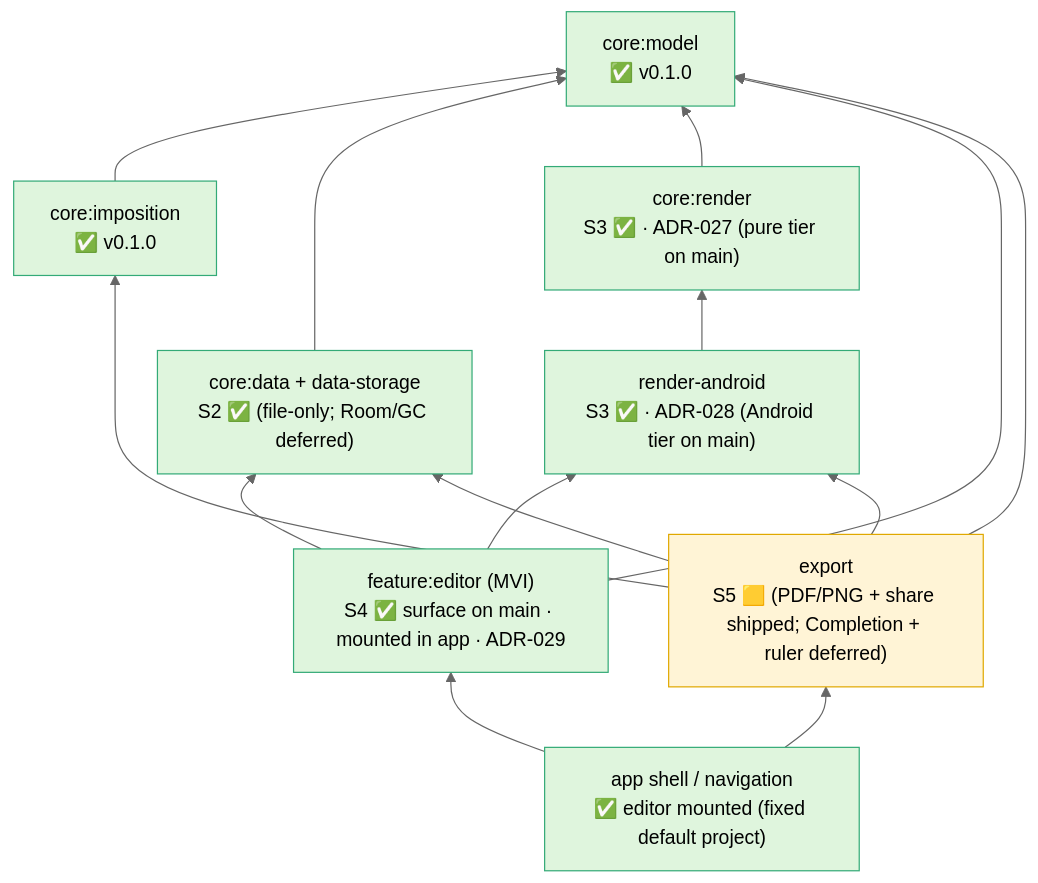
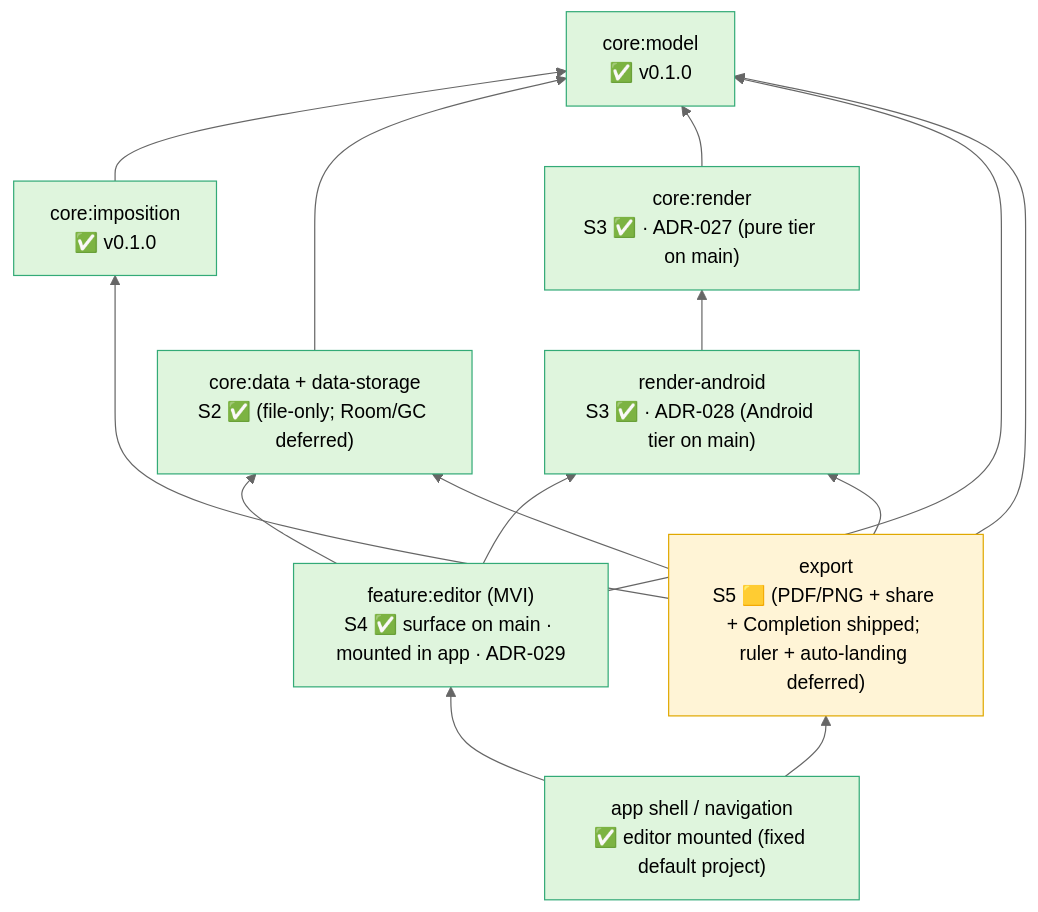
The ninth of 10 diagrams in docs/ARCHITECTURE.md (aritr-codes/zinely-android), drawn with Mermaid (neutral theme) before and after one commit. The commit also changed other lines of this file and 10 other files, not shown here.

First line of the commit message:
feat(editor): Completion · fold-steps screen after export (ADR-040) (#38)

````diff
--- a/docs/ARCHITECTURE.md
+++ b/docs/ARCHITECTURE.md
@@ -353,30 +353,30 @@
 ```mermaid
 flowchart BT
     model["core:model<br/>✅ v0.1.0"]
     imp["core:imposition<br/>✅ v0.1.0"]
     data["core:data + data-storage<br/>S2 ✅ (file-only; Room/GC deferred)"]
     render["core:render<br/>S3 ✅ · ADR-027 (pure tier on main)"]
     ra["render-android<br/>S3 ✅ · ADR-028 (Android tier on main)"]
     editor["feature:editor (MVI)<br/>S4 ✅ surface on main · mounted in app · ADR-029"]
-    export["export<br/>S5 🟨 (PDF/PNG + share shipped; Completion + ruler deferred)"]
+    export["export<br/>S5 🟨 (PDF/PNG + share + Completion shipped; ruler + auto-landing deferred)"]
     app["app shell / navigation<br/>✅ editor mounted (fixed default project)"]
 
     imp --> model
     data --> model
     render --> model
     ra --> render
     editor --> model
     editor --> data
     editor --> ra
     export --> model
     export --> imp
     export --> ra
     export --> data
     app --> editor
     app --> export
 
     classDef done fill:#dff5dd,stroke:#3a7;
     classDef next fill:#fff4d6,stroke:#e0a800;
     class model,imp,data,render,ra,editor,app done;
     class export next;
 ```
````
